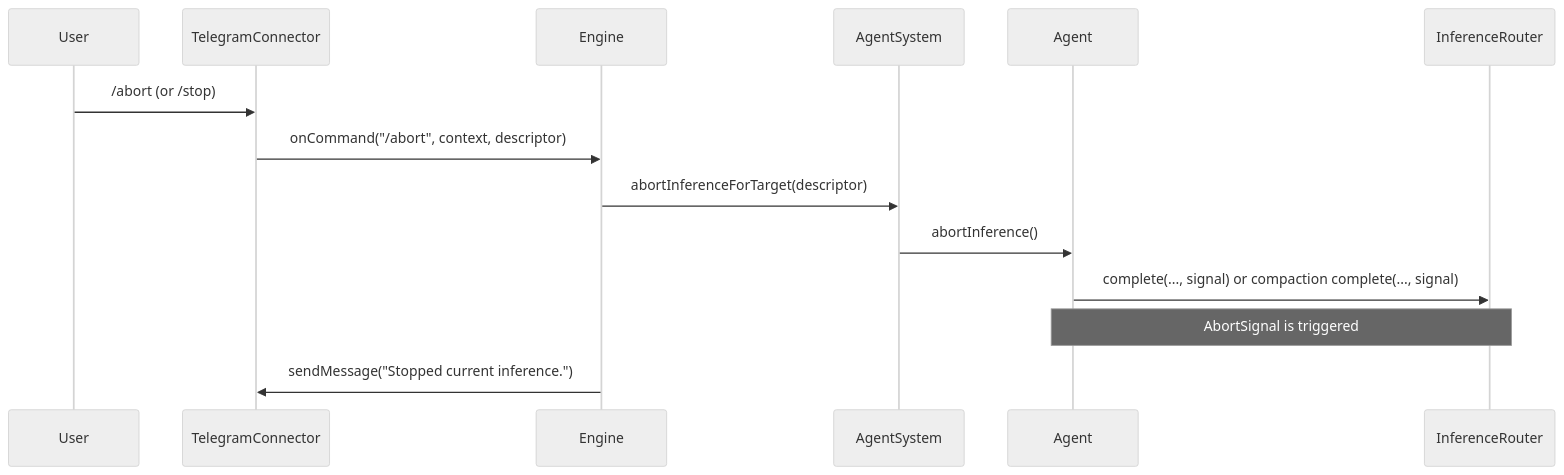
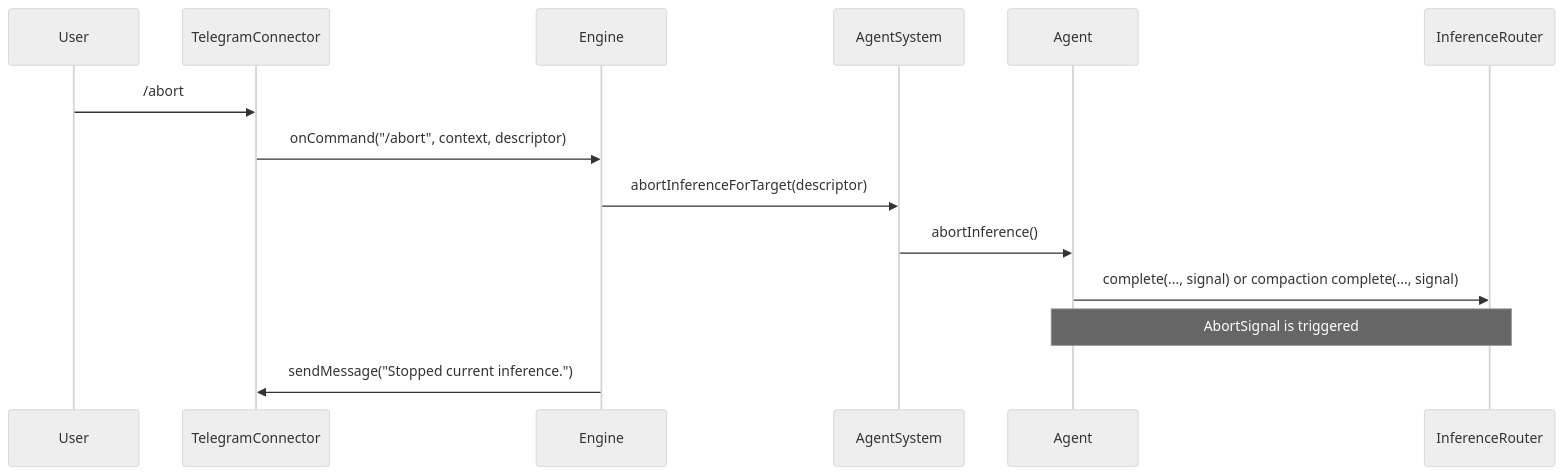
Before and after one commit to ex3ndr/daycare: the diagram in doc/internals/telegram-stop-command.md, drawn with Mermaid (neutral theme). The commit also changed other lines of this file and 10 other files, not shown here.

````diff
--- a/doc/internals/telegram-stop-command.md
+++ b/doc/internals/telegram-stop-command.md
@@ -6,17 +6,17 @@
 ```mermaid
 sequenceDiagram
   participant U as User
   participant T as TelegramConnector
   participant E as Engine
   participant AS as AgentSystem
   participant A as Agent
   participant IR as InferenceRouter
 
-  U->>T: /abort (or /stop)
+  U->>T: /abort
   T->>E: onCommand("/abort", context, descriptor)
   E->>AS: abortInferenceForTarget(descriptor)
   AS->>A: abortInference()
   A->>IR: complete(..., signal) or compaction complete(..., signal)
   Note over A,IR: AbortSignal is triggered
   E->>T: sendMessage("Stopped current inference.")
 ```
````
